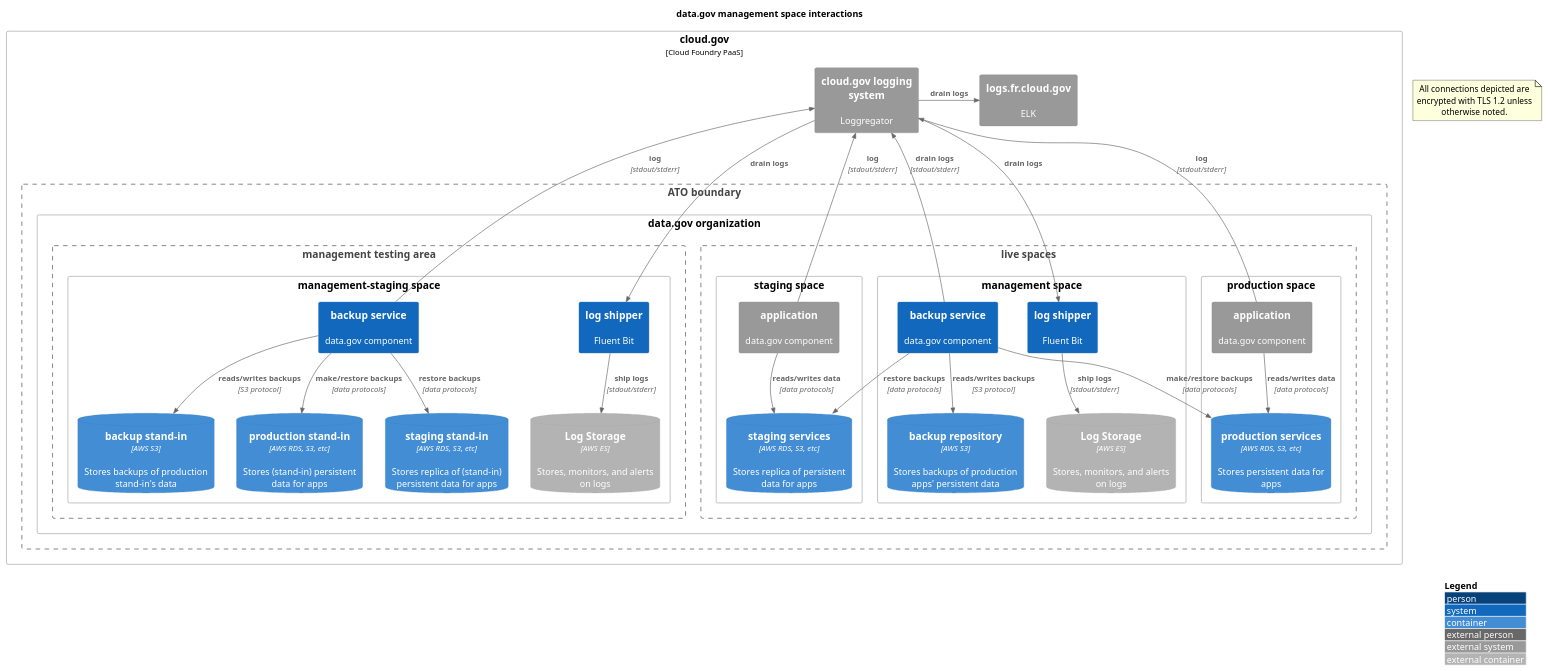
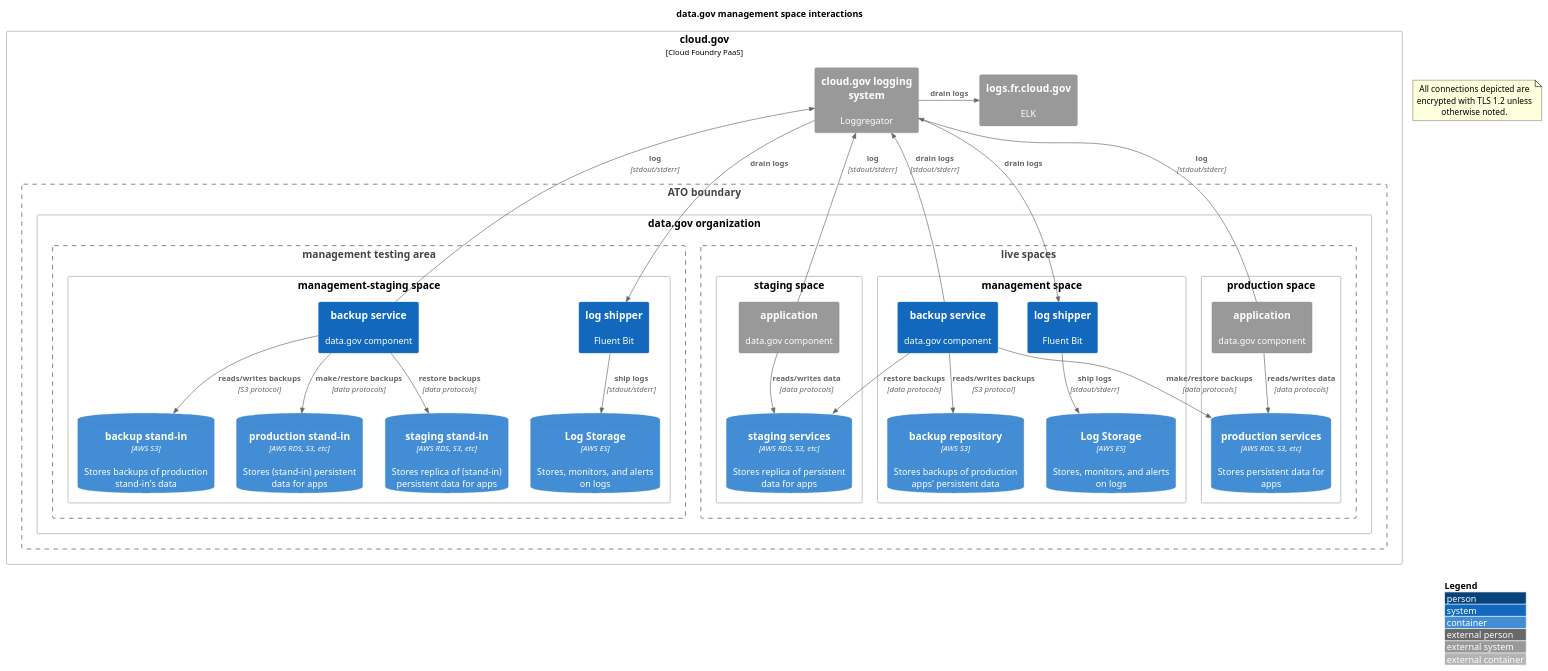
The diagram in management-space.md (GSA/datagov-compliance), drawn with PlantUML before and after one commit.

Commit message:
Make provisioned ES instances in-boundary

````diff
--- a/management-space.md
+++ b/management-space.md
@@ -3,75 +3,75 @@
 ```plantuml
 @startuml
 !include https://raw.githubusercontent.com/plantuml-stdlib/C4-PlantUML/master/C4_Deployment.puml
 LAYOUT_WITH_LEGEND()
 title data.gov management space interactions
 note as EncryptionNote
   All connections depicted are encrypted with TLS 1.2 unless otherwise noted.
 end note
 Deployment_Node(cloudgov, "cloud.gov", "Cloud Foundry PaaS") {
     System_Ext(cloudgov_loggregator, "cloud.gov logging system", "Loggregator")
     System_Ext(cloudgov_logs, "logs.fr.cloud.gov", "ELK")
     Boundary(atob, "ATO boundary") {
         Deployment_Node(organization, "data.gov organization") {
             Boundary(ms_staging_boundary, "management testing area") {
                 Deployment_Node(ms_space, "management-staging space") {
                     System(ms_dumper, "backup service", "data.gov component")
                     System(ms_drain, "log shipper", "Fluent Bit")
-                    ContainerDb_Ext(ms_es_logs, "Log Storage", "AWS ES", "Stores, monitors, and alerts on logs")
+                    ContainerDb(ms_es_logs, "Log Storage", "AWS ES", "Stores, monitors, and alerts on logs")
                     ContainerDb(ms_services, "production stand-in", "AWS RDS, S3, etc", "Stores (stand-in) persistent data for apps")
                     ContainerDb(ms_replica_services, "staging stand-in", "AWS RDS, S3, etc", "Stores replica of (stand-in) persistent data for apps")
                     ContainerDb(ms_backups, "backup stand-in", "AWS S3", "Stores backups of production stand-in's data")
                 }
             }
             Boundary(ms_prod_boundary, "live spaces") {
                 Deployment_Node(staging_space, "staging space") {
                     System_Ext(staging_app, "application", "data.gov component")
                     ContainerDb(staging_services, "staging services", "AWS RDS, S3, etc", "Stores replica of persistent data for apps")
                 }
                 Deployment_Node(management_space, "management space") {
                     System(management_dumper, "backup service", "data.gov component")
                     ContainerDb(manangement_backups, "backup repository", "AWS S3", "Stores backups of production apps' persistent data")
                     System(management_drain, "log shipper", "Fluent Bit")
-                    ContainerDb_Ext(es_logs, "Log Storage", "AWS ES", "Stores, monitors, and alerts on logs")
+                    ContainerDb(es_logs, "Log Storage", "AWS ES", "Stores, monitors, and alerts on logs")
                 }
                 Deployment_Node(production_space, "production space") {
                     System_Ext(production_app, "application", "data.gov component")
                     ContainerDb(production_services, "production services", "AWS RDS, S3, etc", "Stores persistent data for apps")
                 }
             }
         }
     }
 }
 
 ' app->service usage
 Rel(staging_app, staging_services, "reads/writes data", "data protocols")
 Rel(production_app, production_services, "reads/writes data", "data protocols")
 
 ' Backups flow
 Rel(ms_dumper, ms_replica_services, "restore backups", "data protocols")
 Rel(ms_dumper, ms_backups, "reads/writes backups", "S3 protocol")
 Rel(ms_dumper, ms_services, "make/restore backups", "data protocols")
 Rel(management_dumper, manangement_backups, "reads/writes backups", "S3 protocol")
 Rel(management_dumper, production_services, "make/restore backups", "data protocols")
 Rel(management_dumper, staging_services, "restore backups", "data protocols")
 
 ' Logging
 Rel_Up(management_dumper, cloudgov_loggregator, "drain logs", "stdout/stderr")
 Rel_Up(staging_app, cloudgov_loggregator, "log", "stdout/stderr")
 Rel_Up(production_app, cloudgov_loggregator, "log", "stdout/stderr")
 Rel_Up(ms_dumper, cloudgov_loggregator, "log", "stdout/stderr")
 
 ' The drains themselves also log, but this just gets confusing if we show it
 'Rel_Up(management_drain, cloudgov_loggregator, "log", "stdout/stderr")
 'Rel_Up(ms_drain, cloudgov_loggregator, "log", "stdout/stderr")
 
 'Log draining
 Rel_Down(cloudgov_loggregator, management_drain, "drain logs")
 Rel_Down(cloudgov_loggregator, ms_drain, "drain logs")
 Rel_Right(cloudgov_loggregator, cloudgov_logs, "drain logs")
 
 'Log shipping
 Rel(management_drain, es_logs, "ship logs", "stdout/stderr")
 Rel(ms_drain, ms_es_logs, "ship logs", "stdout/stderr")
 @enduml
 ```
````
